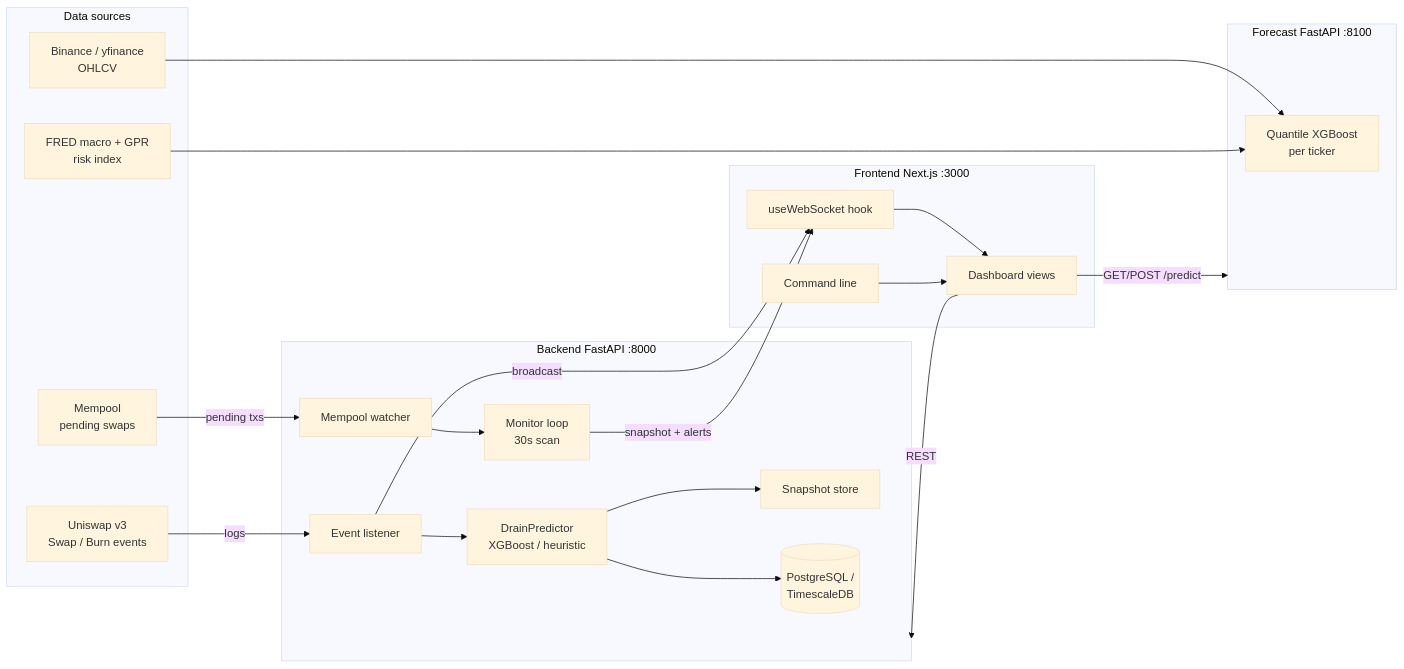
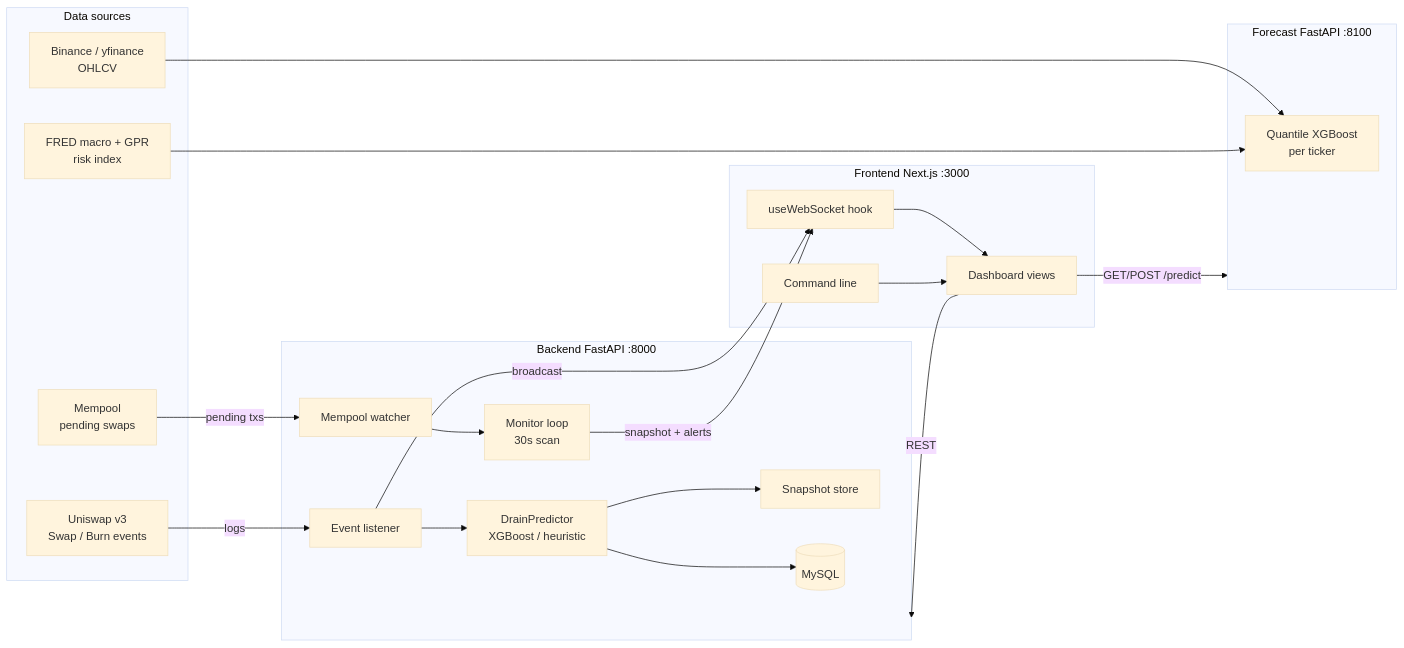
One commit to galenayaka/dex-liquidity-predictor changed the first of 3 diagrams in README.md. Above: the diagram before and after it, drawn with Mermaid (base theme). The commit also changed other lines of this file and 20 other files, not shown here.

````diff
--- a/README.md
+++ b/README.md
@@ -83,42 +83,42 @@
 ```mermaid
 flowchart LR
     subgraph Data sources
         A[Uniswap v3<br/>Swap / Burn events]
         M[Mempool<br/>pending swaps]
         C[Binance / yfinance<br/>OHLCV]
         G[FRED macro + GPR<br/>risk index]
     end
 
     subgraph backend[Backend FastAPI :8000]
         L[Event listener]
         W[Mempool watcher]
         MON[Monitor loop<br/>30s scan]
         P[DrainPredictor<br/>XGBoost / heuristic]
         S[Snapshot store]
-        DB[(PostgreSQL /<br/>TimescaleDB)]
+        DB[(MySQL)]
     end
 
     subgraph forecast[Forecast FastAPI :8100]
         Q[Quantile XGBoost<br/>per ticker]
     end
 
     subgraph frontend[Frontend Next.js :3000]
         WS[useWebSocket hook]
         UI[Dashboard views]
         CL[Command line]
     end
 
     A -->|logs| L
     M -->|pending txs| W
     L --> P --> S
     P --> DB
     L -->|broadcast| WS
     MON -->|snapshot + alerts| WS
     W --> MON
     C --> Q
     G --> Q
     UI -->|REST| backend
     UI -->|GET/POST /predict| forecast
     WS --> UI
     CL --> UI
 ```
````
